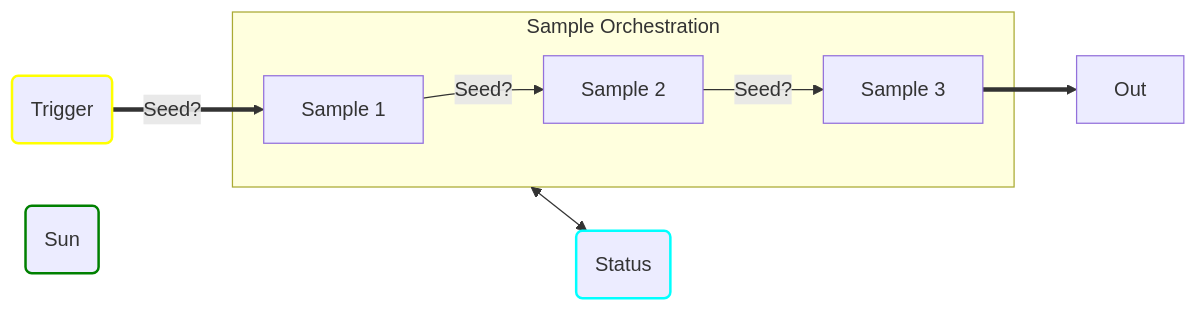
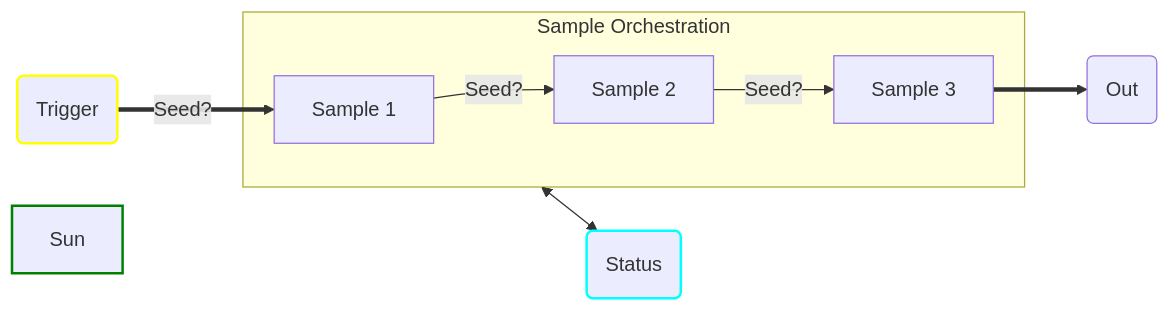
One commit to eduardorauchbach/Azure-Durable-Function changed the second of 2 diagrams in README.md. Above: the diagram before and after it, drawn with Mermaid. The commit also changed other lines of this file, not shown here.

````diff
--- a/README.md
+++ b/README.md
@@ -54,26 +54,26 @@
 ```mermaid
 flowchart LR
 Trigger("Trigger")
 style Trigger stroke:#ff0,stroke-width:2px
 
 subgraph SampleOrchestration["Sample Orchestration"]
   Sample1["Sample 1"]
   Sample2["Sample 2"]
   Sample3["Sample 3"]
 end
 
 Status("Status")
 style Status stroke:cyan,stroke-width:2px
 
-Sun("Sun")
+Out("Out")
 style Sun stroke:green,stroke-width:2px
 
 SampleOrchestration<-->Status
 
 Trigger ==Seed?==> Sample1
 
 Sample1 --Seed?-->Sample2
 Sample2 --Seed?-->Sample3
 
 Sample3 ==> Out
 ```
````
